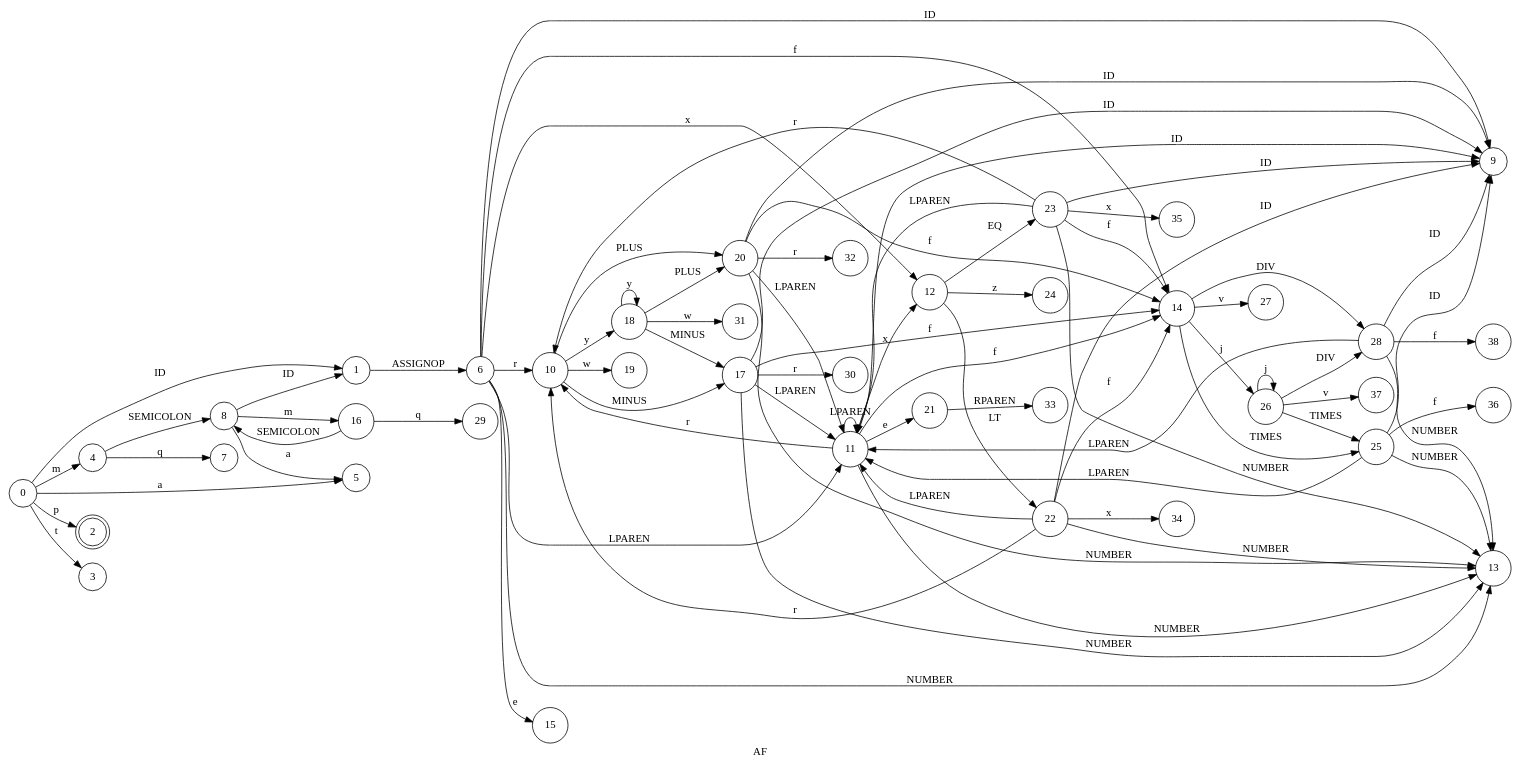
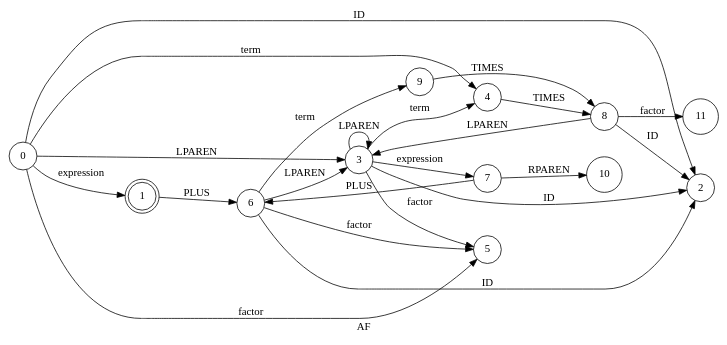
Before and after one commit to Danval-003/Construction_Syntax_Analyzer_SLR: the diagram in LR0/default/LR0_explicit.gv, drawn with Graphviz. The commit also changed 15 other files, not shown here.

```diff
--- a/LR0/default/LR0_explicit.gv
+++ b/LR0/default/LR0_explicit.gv
@@ -1,121 +1,39 @@
 // LR0
 digraph {
 	rankdir=LR
 	label=AF
 	0 [label=0 shape=circle]
-	1 [label=1 shape=circle]
+	1 [label=1 shape=doublecircle]
 	6 [label=6 shape=circle]
+	2 [label=2 shape=circle]
+	6 -> 2 [label=ID]
+	3 [label=3 shape=circle]
+	7 [label=7 shape=circle]
+	10 [label=10 shape=circle]
+	7 -> 10 [label=RPAREN]
+	7 -> 6 [label=PLUS]
+	3 -> 7 [label=expression]
+	3 -> 2 [label=ID]
+	3 -> 3 [label=LPAREN]
+	4 [label=4 shape=circle]
+	8 [label=8 shape=circle]
+	8 -> 2 [label=ID]
+	8 -> 3 [label=LPAREN]
+	11 [label=11 shape=circle]
+	8 -> 11 [label=factor]
+	4 -> 8 [label=TIMES]
+	3 -> 4 [label=term]
+	5 [label=5 shape=circle]
+	3 -> 5 [label=factor]
+	6 -> 3 [label=LPAREN]
 	9 [label=9 shape=circle]
-	6 -> 9 [label=ID]
-	10 [label=10 shape=circle]
-	17 [label=17 shape=circle]
-	17 -> 9 [label=ID]
-	30 [label=30 shape=circle]
-	17 -> 30 [label=r]
-	11 [label=11 shape=circle]
-	11 -> 9 [label=ID]
-	11 -> 10 [label=r]
-	11 -> 11 [label=LPAREN]
-	12 [label=12 shape=circle]
-	22 [label=22 shape=circle]
-	22 -> 9 [label=ID]
-	22 -> 10 [label=r]
-	22 -> 11 [label=LPAREN]
-	34 [label=34 shape=circle]
-	22 -> 34 [label=x]
-	13 [label=13 shape=circle]
-	22 -> 13 [label=NUMBER]
-	14 [label=14 shape=circle]
-	25 [label=25 shape=circle]
-	25 -> 9 [label=ID]
-	25 -> 11 [label=LPAREN]
-	25 -> 13 [label=NUMBER]
-	36 [label=36 shape=circle]
-	25 -> 36 [label=f]
-	14 -> 25 [label=TIMES]
-	26 [label=26 shape=circle]
-	26 -> 25 [label=TIMES]
-	26 -> 26 [label=j]
-	37 [label=37 shape=circle]
-	26 -> 37 [label=v]
-	28 [label=28 shape=circle]
-	28 -> 9 [label=ID]
-	28 -> 11 [label=LPAREN]
-	28 -> 13 [label=NUMBER]
-	38 [label=38 shape=circle]
-	28 -> 38 [label=f]
-	26 -> 28 [label=DIV]
-	14 -> 26 [label=j]
-	27 [label=27 shape=circle]
-	14 -> 27 [label=v]
-	14 -> 28 [label=DIV]
-	22 -> 14 [label=f]
-	12 -> 22 [label=LT]
-	23 [label=23 shape=circle]
-	23 -> 9 [label=ID]
-	23 -> 10 [label=r]
-	23 -> 11 [label=LPAREN]
-	35 [label=35 shape=circle]
-	23 -> 35 [label=x]
-	23 -> 13 [label=NUMBER]
-	23 -> 14 [label=f]
-	12 -> 23 [label=EQ]
-	24 [label=24 shape=circle]
-	12 -> 24 [label=z]
-	11 -> 12 [label=x]
-	11 -> 13 [label=NUMBER]
-	11 -> 14 [label=f]
-	21 [label=21 shape=circle]
-	33 [label=33 shape=circle]
-	21 -> 33 [label=RPAREN]
-	11 -> 21 [label=e]
-	17 -> 11 [label=LPAREN]
-	17 -> 13 [label=NUMBER]
-	17 -> 14 [label=f]
-	10 -> 17 [label=MINUS]
-	18 [label=18 shape=circle]
-	18 -> 17 [label=MINUS]
-	18 -> 18 [label=y]
-	31 [label=31 shape=circle]
-	18 -> 31 [label=w]
-	20 [label=20 shape=circle]
-	20 -> 9 [label=ID]
-	32 [label=32 shape=circle]
-	20 -> 32 [label=r]
-	20 -> 11 [label=LPAREN]
-	20 -> 13 [label=NUMBER]
-	20 -> 14 [label=f]
-	18 -> 20 [label=PLUS]
-	10 -> 18 [label=y]
-	19 [label=19 shape=circle]
-	10 -> 19 [label=w]
-	10 -> 20 [label=PLUS]
-	6 -> 10 [label=r]
-	6 -> 11 [label=LPAREN]
-	6 -> 12 [label=x]
-	6 -> 13 [label=NUMBER]
-	6 -> 14 [label=f]
-	15 [label=15 shape=circle]
-	6 -> 15 [label=e]
-	1 -> 6 [label=ASSIGNOP]
-	0 -> 1 [label=ID]
-	2 [label=2 shape=doublecircle]
-	0 -> 2 [label=p]
-	3 [label=3 shape=circle]
-	0 -> 3 [label=t]
-	4 [label=4 shape=circle]
-	7 [label=7 shape=circle]
-	4 -> 7 [label=q]
-	8 [label=8 shape=circle]
-	8 -> 1 [label=ID]
-	16 [label=16 shape=circle]
-	29 [label=29 shape=circle]
-	16 -> 29 [label=q]
-	16 -> 8 [label=SEMICOLON]
-	8 -> 16 [label=m]
-	5 [label=5 shape=circle]
-	8 -> 5 [label=a]
-	4 -> 8 [label=SEMICOLON]
-	0 -> 4 [label=m]
-	0 -> 5 [label=a]
+	9 -> 8 [label=TIMES]
+	6 -> 9 [label=term]
+	6 -> 5 [label=factor]
+	1 -> 6 [label=PLUS]
+	0 -> 1 [label=expression]
+	0 -> 2 [label=ID]
+	0 -> 3 [label=LPAREN]
+	0 -> 4 [label=term]
+	0 -> 5 [label=factor]
 }
```
